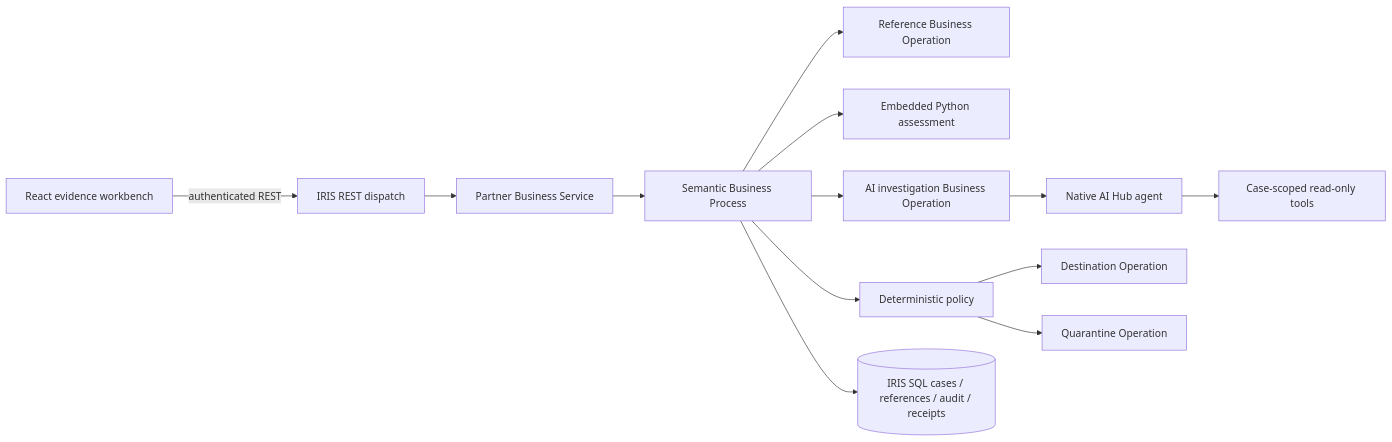
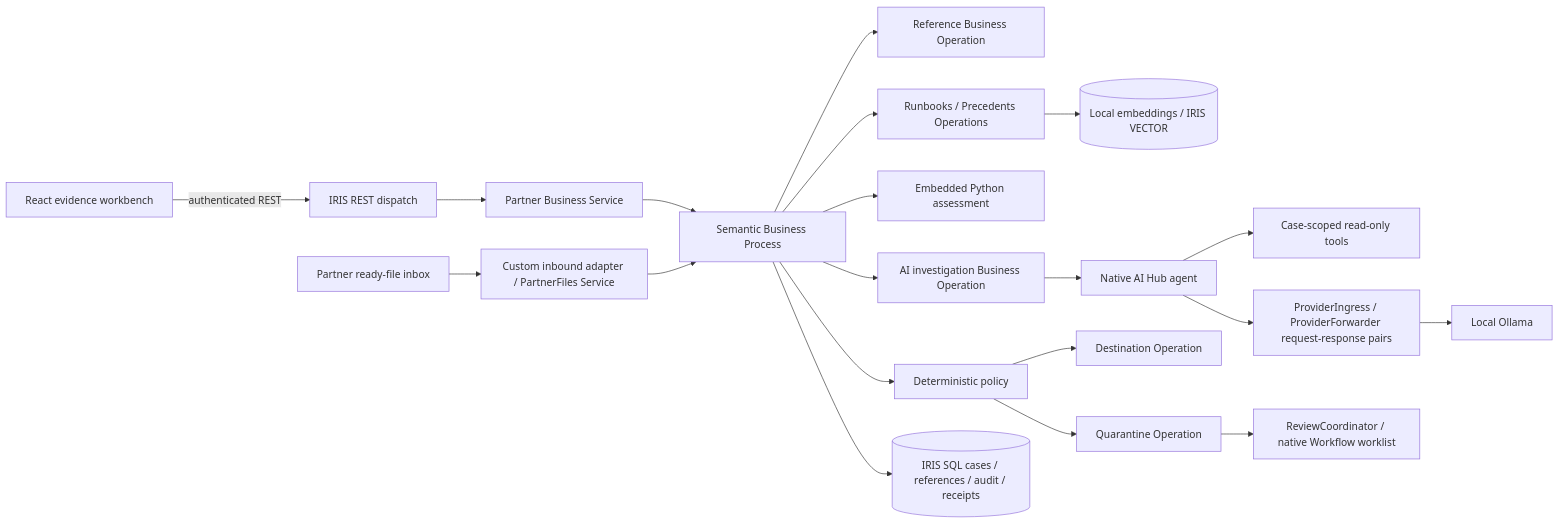
One commit to himanshu748/silentshift changed the diagram in ARCHITECTURE.md. Above: the diagram before and after it, drawn with Mermaid. The commit also changed other lines of this file and 17 other files, not shown here.

Commit message:
feat: verify clean local IPM installation and native execution

````diff
--- a/ARCHITECTURE.md
+++ b/ARCHITECTURE.md
@@ -3,15 +3,22 @@
 ```mermaid
 flowchart LR
  UI[React evidence workbench] -->|authenticated REST| API[IRIS REST dispatch]
  API --> S[Partner Business Service]
  S --> P[Semantic Business Process]
+ F[Partner ready-file inbox] --> C[Custom inbound adapter / PartnerFiles Service]
+ C --> P
  P --> R[Reference Business Operation]
+ P --> B[Runbooks / Precedents Operations]
+ B --> X[(Local embeddings / IRIS VECTOR)]
  P --> E[Embedded Python assessment]
  P --> A[AI investigation Business Operation]
  A --> N[Native AI Hub agent]
  N --> T[Case-scoped read-only tools]
+ N --> G[ProviderIngress / ProviderForwarder request-response pairs]
+ G --> O[Local Ollama]
  P --> V[Deterministic policy]
  V --> D[Destination Operation]
  V --> Q[Quarantine Operation]
+ Q --> W[ReviewCoordinator / native Workflow worklist]
  P --> DB[(IRIS SQL cases / references / audit / receipts)]
 ```
````
